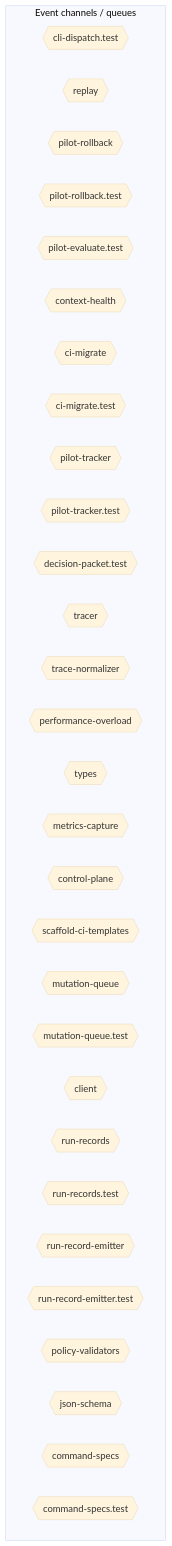
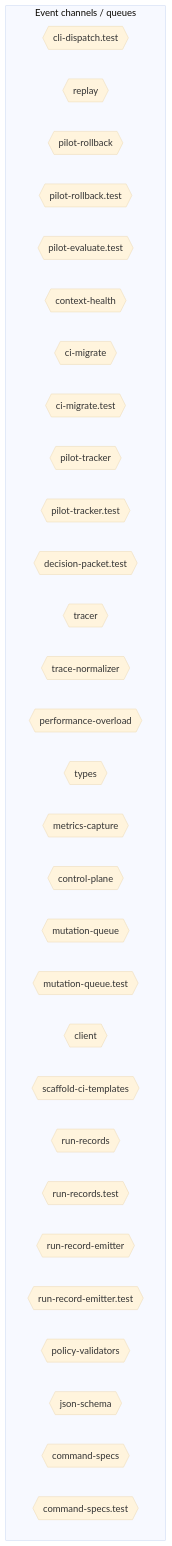
The sixth of 10 diagrams in AI/context/diagram-context.md (jscraik/coding-harness), drawn with Mermaid (base theme) before and after one commit. The commit also changed other lines of this file, not shown here.

First line of the commit message:
chore(diagrams): refresh architecture context

````diff
--- a/AI/context/diagram-context.md
+++ b/AI/context/diagram-context.md
@@ -1974,36 +1984,36 @@
 ```mermaid
 flowchart TD
   subgraph Channels["Event channels / queues"]
     cli_dispatch_test_54c9f17b{{"cli-dispatch.test"}}
     replay_ac203c98{{"replay"}}
     pilot_rollback_00c1f82c{{"pilot-rollback"}}
     pilot_rollback_test_e61d5a2b{{"pilot-rollback.test"}}
     pilot_evaluate_test_a2ac06fc{{"pilot-evaluate.test"}}
     context_health_80bb7da9{{"context-health"}}
     ci_migrate_78bb70b1{{"ci-migrate"}}
     ci_migrate_test_2a015bb9{{"ci-migrate.test"}}
     pilot_tracker_5c767813{{"pilot-tracker"}}
     pilot_tracker_test_80398a66{{"pilot-tracker.test"}}
     decision_packet_test_9ea0e97b{{"decision-packet.test"}}
     tracer_1e6243a2{{"tracer"}}
     trace_normalizer_cb1be1d2{{"trace-normalizer"}}
     performance_overload_c685bfcf{{"performance-overload"}}
-    types_9_1db4641f{{"types"}}
+    types_10_75e5a4a0{{"types"}}
     metrics_capture_1d1a2c08{{"metrics-capture"}}
     control_plane_96826665{{"control-plane"}}
-    scaffold_ci_templates_2afd6392{{"scaffold-ci-templates"}}
     mutation_queue_ce5a530e{{"mutation-queue"}}
     mutation_queue_test_10b599e8{{"mutation-queue.test"}}
     client_1_914e1681{{"client"}}
+    scaffold_ci_templates_2afd6392{{"scaffold-ci-templates"}}
     run_records_f616aa7c{{"run-records"}}
     run_records_test_3ee6a0e3{{"run-records.test"}}
     run_record_emitter_00168a3a{{"run-record-emitter"}}
     run_record_emitter_test_5475c0da{{"run-record-emitter.test"}}
     policy_validators_6682e192{{"policy-validators"}}
     json_schema_74a768d7{{"json-schema"}}
     command_specs_69167c63{{"command-specs"}}
     command_specs_test_7f693e85{{"command-specs.test"}}
   end
   classDef eventNode fill:#db2777,color:#fff
 
 ```
````
